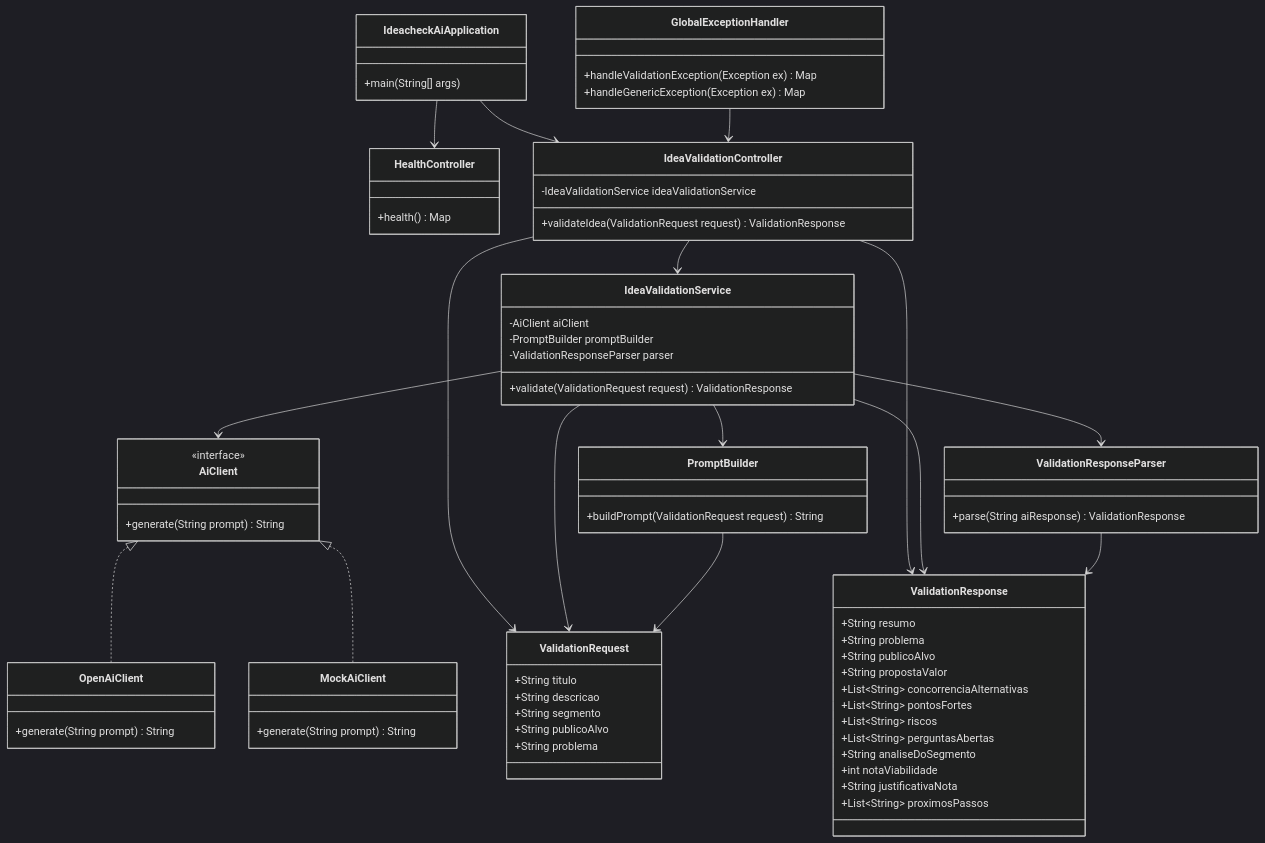
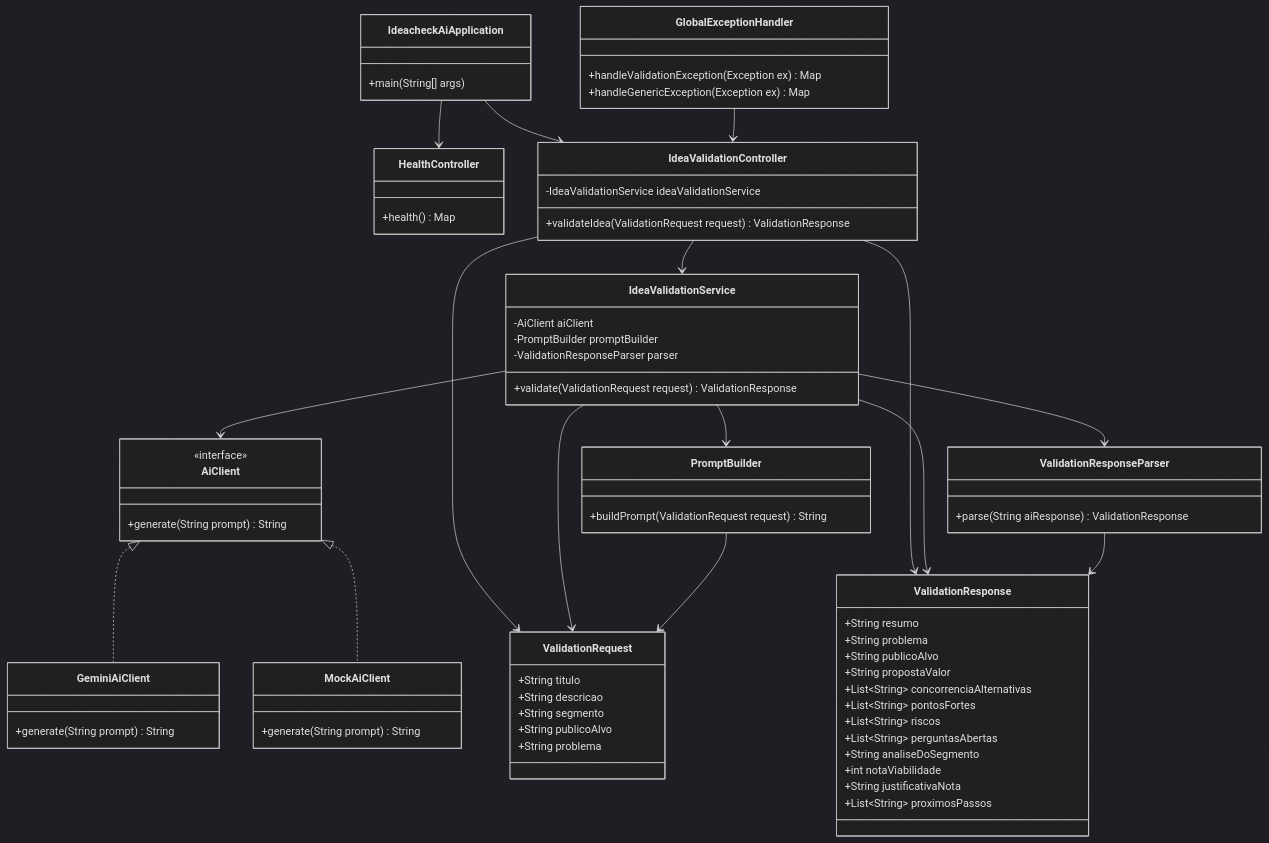
The diagram in docs/uml.md (edenilson-java/ideacheck-ai), drawn with Mermaid (dark theme) before and after one commit. The commit also changed other lines of this file and 4 other files, not shown here.

```diff
--- a/docs/uml.md
+++ b/docs/uml.md
@@ -59,7 +59,7 @@
   +generate(String prompt) String
 }
 
-class OpenAiClient {
+class GeminiAiClient {
   +generate(String prompt) String
 }
 
@@ -93,7 +93,7 @@
 IdeaValidationService --> ValidationRequest
 IdeaValidationService --> ValidationResponse
 
-AiClient <|.. OpenAiClient
+AiClient <|.. GeminiAiClient
 AiClient <|.. MockAiClient
 
 ValidationResponseParser --> ValidationResponse
```
